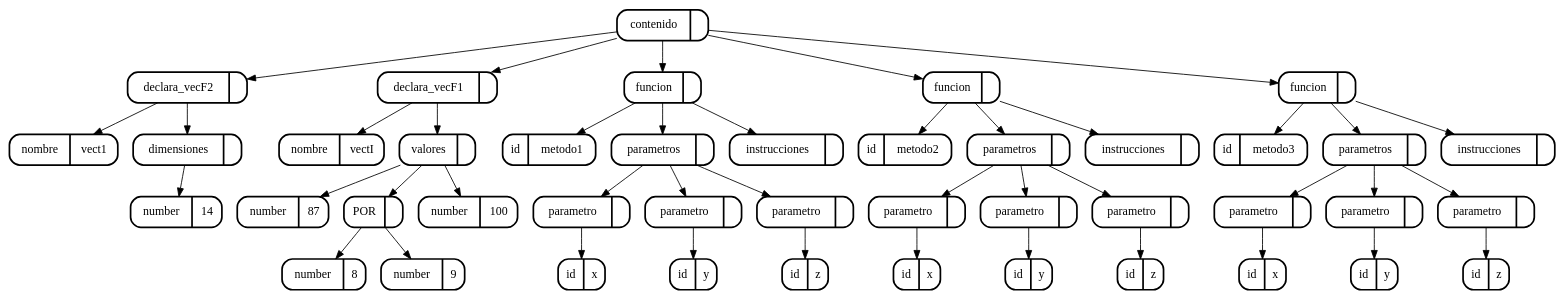
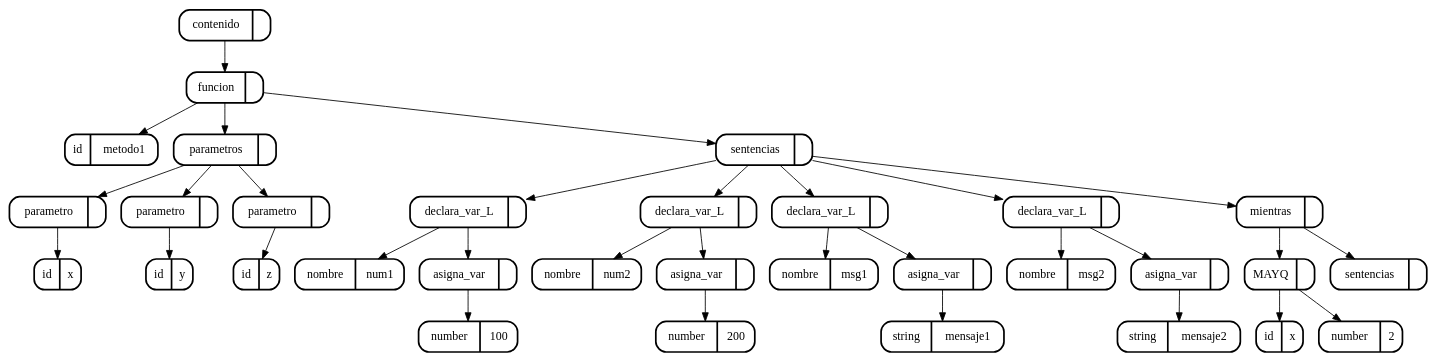
Before and after one commit to skrillfer/1s2018_CMP2P1: the diagram in USAC_WEB/Imagenes/arbol_cjs.dot, drawn with Graphviz. The commit also changed 18 other files, not shown here.

```diff
--- a/USAC_WEB/Imagenes/arbol_cjs.dot
+++ b/USAC_WEB/Imagenes/arbol_cjs.dot
@@ -1,89 +1,67 @@
 digraph G {
 node[shape=Mrecord]
-5[label="contenido | ",style=bold]
-2[label="declara_vecF2 | ",style=bold]
-{5}->{2}
-3[label="nombre | vect1",style=bold]
+32[label="contenido | ",style=bold]
+30[label="funcion | ",style=bold]
+{32}->{30}
+31[label="id | metodo1",style=bold]
+{30}->{31}
+1[label="parametros | ",style=bold]
+{30}->{1}
+2[label="parametro | ",style=bold]
+{1}->{2}
+3[label="id | x",style=bold]
 {2}->{3}
-4[label="dimensiones | ",style=bold]
-{2}->{4}
-1[label="number | 14",style=bold]
-{4}->{1}
-12[label="declara_vecF1 | ",style=bold]
-{5}->{12}
-13[label="nombre | vectI",style=bold]
-{12}->{13}
-7[label="valores | ",style=bold]
-{12}->{7}
-6[label="number | 87",style=bold]
-{7}->{6}
-10[label="POR | ",style=bold]
-{7}->{10}
-8[label="number | 8",style=bold]
-{10}->{8}
-9[label="number | 9",style=bold]
+4[label="parametro | ",style=bold]
+{1}->{4}
+5[label="id | y",style=bold]
+{4}->{5}
+6[label="parametro | ",style=bold]
+{1}->{6}
+7[label="id | z",style=bold]
+{6}->{7}
+12[label="sentencias | ",style=bold]
+{30}->{12}
+10[label="declara_var_L | ",style=bold]
+{12}->{10}
+11[label="nombre | num1",style=bold]
+{10}->{11}
+9[label="asigna_var | ",style=bold]
 {10}->{9}
-11[label="number | 100",style=bold]
-{7}->{11}
-22[label="funcion | ",style=bold]
-{5}->{22}
-23[label="id | metodo1",style=bold]
-{22}->{23}
-14[label="parametros | ",style=bold]
-{22}->{14}
-15[label="parametro | ",style=bold]
-{14}->{15}
-16[label="id | x",style=bold]
+8[label="number | 100",style=bold]
+{9}->{8}
+15[label="declara_var_L | ",style=bold]
+{12}->{15}
+16[label="nombre | num2",style=bold]
 {15}->{16}
-17[label="parametro | ",style=bold]
-{14}->{17}
-18[label="id | y",style=bold]
-{17}->{18}
-19[label="parametro | ",style=bold]
-{14}->{19}
-20[label="id | z",style=bold]
+14[label="asigna_var | ",style=bold]
+{15}->{14}
+13[label="number | 200",style=bold]
+{14}->{13}
+19[label="declara_var_L | ",style=bold]
+{12}->{19}
+20[label="nombre | msg1",style=bold]
 {19}->{20}
-21[label="instrucciones | ",style=bold]
+18[label="asigna_var | ",style=bold]
+{19}->{18}
+17[label="string |  mensaje1",style=bold]
+{18}->{17}
+23[label="declara_var_L | ",style=bold]
+{12}->{23}
+24[label="nombre | msg2",style=bold]
+{23}->{24}
+22[label="asigna_var | ",style=bold]
+{23}->{22}
+21[label="string |  mensaje2",style=bold]
 {22}->{21}
-32[label="funcion | ",style=bold]
-{5}->{32}
-33[label="id | metodo2",style=bold]
-{32}->{33}
-24[label="parametros | ",style=bold]
-{32}->{24}
-25[label="parametro | ",style=bold]
-{24}->{25}
-26[label="id | x",style=bold]
-{25}->{26}
-27[label="parametro | ",style=bold]
-{24}->{27}
-28[label="id | y",style=bold]
-{27}->{28}
-29[label="parametro | ",style=bold]
-{24}->{29}
-30[label="id | z",style=bold]
-{29}->{30}
-31[label="instrucciones | ",style=bold]
-{32}->{31}
-42[label="funcion | ",style=bold]
-{5}->{42}
-43[label="id | metodo3",style=bold]
-{42}->{43}
-34[label="parametros | ",style=bold]
-{42}->{34}
-35[label="parametro | ",style=bold]
-{34}->{35}
-36[label="id | x",style=bold]
-{35}->{36}
-37[label="parametro | ",style=bold]
-{34}->{37}
-38[label="id | y",style=bold]
-{37}->{38}
-39[label="parametro | ",style=bold]
-{34}->{39}
-40[label="id | z",style=bold]
-{39}->{40}
-41[label="instrucciones | ",style=bold]
-{42}->{41}
+29[label="mientras | ",style=bold]
+{12}->{29}
+27[label="MAYQ | ",style=bold]
+{29}->{27}
+25[label="id | x",style=bold]
+{27}->{25}
+26[label="number | 2",style=bold]
+{27}->{26}
+28[label="sentencias | ",style=bold]
+{29}->{28}
 
 }
```
